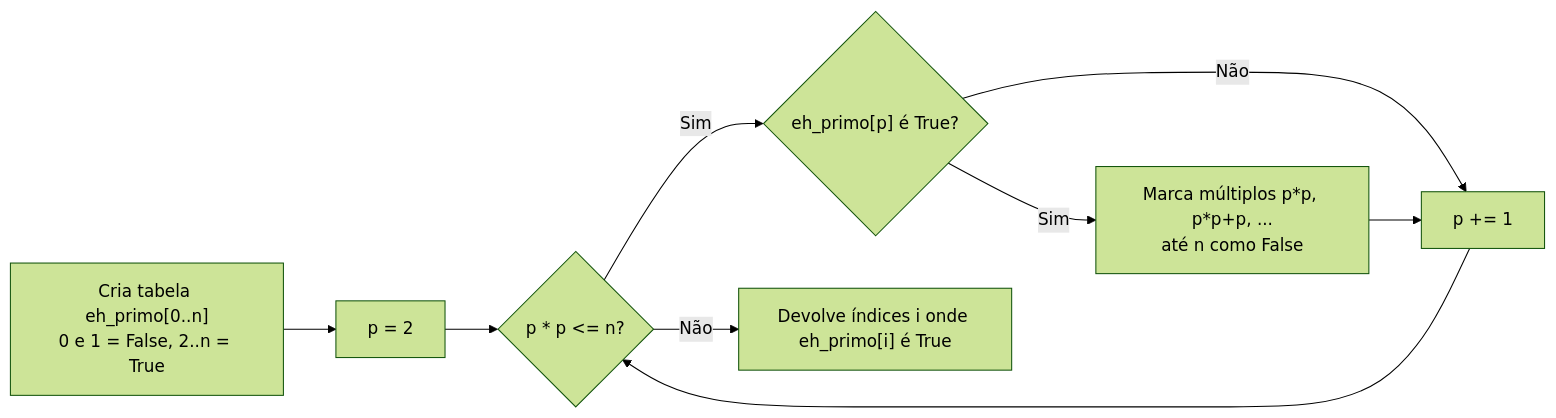
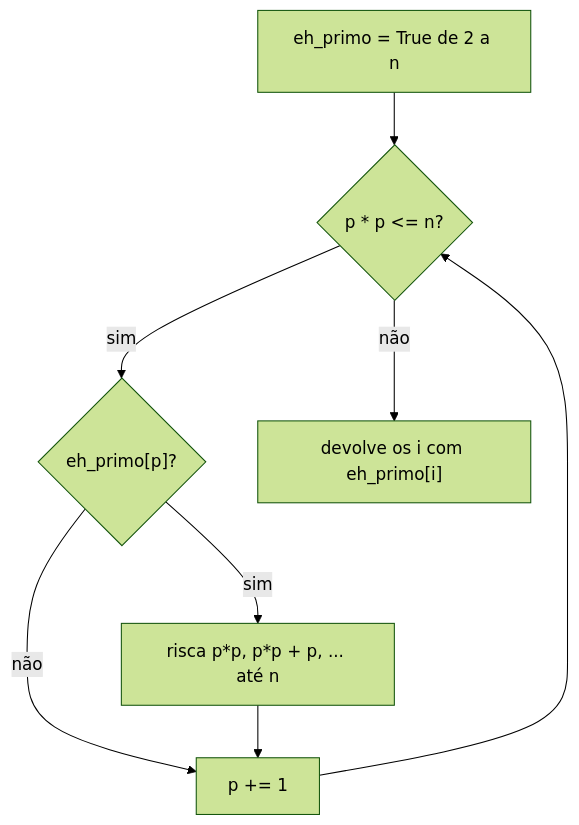
One commit to Lip3Bazinga/v0-level-usp-project changed the diagram in content/cursos/n3-estruturas-de-dados-e-algoritmos/01-matematica-discreta-essencial/04-aritmetica-modular-e-primos.lvl.md. Above: the diagram before and after it, drawn with Mermaid (forest theme). The commit also changed other lines of this file and 20 other files, not shown here.

````diff
--- a/content/cursos/n3-estruturas-de-dados-e-algoritmos/01-matematica-discreta-essencial/04-aritmetica-modular-e-primos.lvl.md
+++ b/content/cursos/n3-estruturas-de-dados-e-algoritmos/01-matematica-discreta-essencial/04-aritmetica-modular-e-primos.lvl.md
@@ -322,11 +373,10 @@
 ```mermaid
-flowchart LR
-    A["Cria tabela eh_primo[0..n]<br/>0 e 1 = False, 2..n = True"] --> B["p = 2"]
-    B --> C{"p * p <= n?"}
-    C -->|Sim| D{"eh_primo[p] é True?"}
-    D -->|Sim| E["Marca múltiplos p*p, p*p+p, ...<br/>até n como False"]
-    D -->|Não| F["p += 1"]
-    E --> F
-    F --> C
-    C -->|Não| G["Devolve índices i onde eh_primo[i] é True"]
+flowchart TD
+    A["eh_primo = True de 2 a n"] --> B{"p * p <= n?"}
+    B -->|sim| C{"eh_primo[p]?"}
+    C -->|sim| D["risca p*p, p*p + p, ... até n"]
+    C -->|não| E["p += 1"]
+    D --> E
+    E --> B
+    B -->|não| F["devolve os i com eh_primo[i]"]
 ```
````
